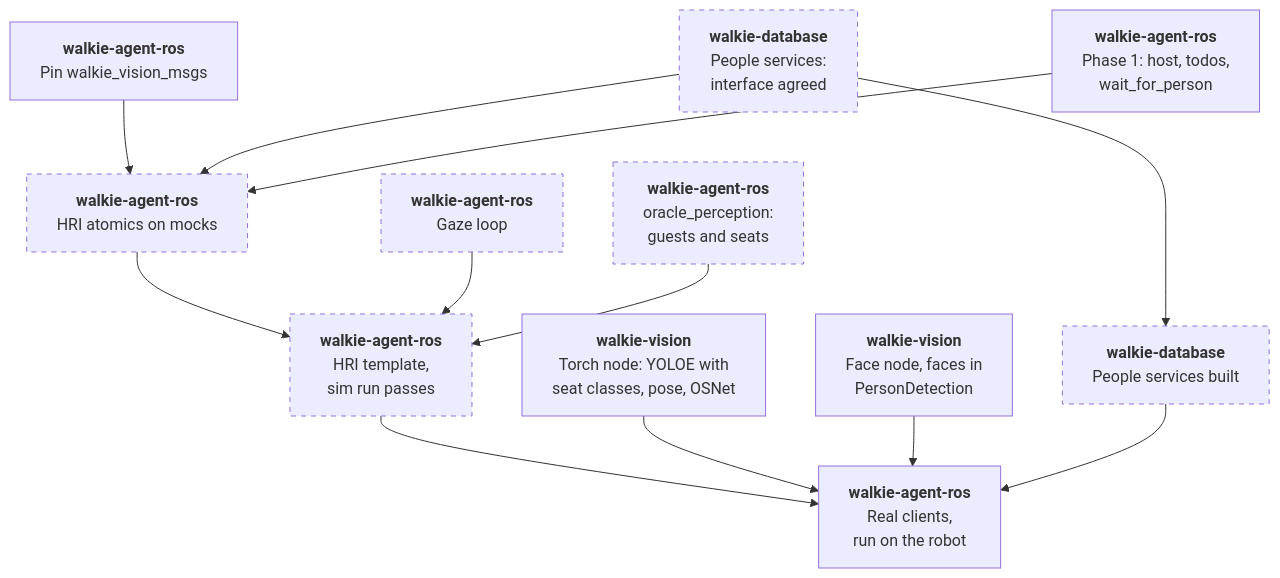
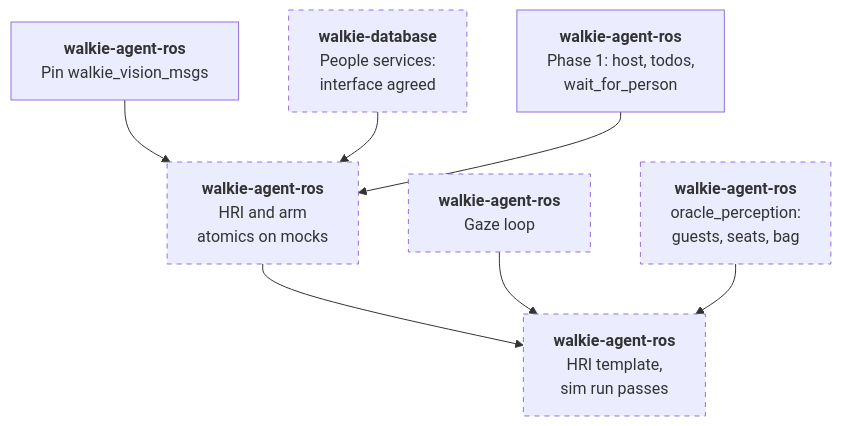
The third of 4 diagrams in docs/architecture/hri.md (EIC-Robocup-2026/walkie-agent-ros), drawn with Mermaid before and after one commit. The commit also changed other lines of this file and 3 other files, not shown here.

First line of the commit message:
docs: add the bag hand-over to the first HRI slice

````diff
--- a/docs/architecture/hri.md
+++ b/docs/architecture/hri.md
@@ -234,28 +323,19 @@
 ```mermaid
 flowchart TB
-    v1["<b>walkie-vision</b><br/>Torch node: YOLOE with<br/>seat classes, pose, OSNet"]
-    v2["<b>walkie-vision</b><br/>Face node, faces in<br/>PersonDetection"]
     di["<b>walkie-database</b><br/>People services:<br/>interface agreed"]:::proposed
-    d3["<b>walkie-database</b><br/>People services built"]:::proposed
     a0["<b>walkie-agent-ros</b><br/>Pin walkie_vision_msgs"]
     p1["<b>walkie-agent-ros</b><br/>Phase 1: host, todos,<br/>wait_for_person"]
-    a1["<b>walkie-agent-ros</b><br/>HRI atomics on mocks"]:::proposed
+    a1["<b>walkie-agent-ros</b><br/>HRI and arm<br/>atomics on mocks"]:::proposed
     g["<b>walkie-agent-ros</b><br/>Gaze loop"]:::proposed
-    s["<b>walkie-agent-ros</b><br/>oracle_perception:<br/>guests and seats"]:::proposed
+    s["<b>walkie-agent-ros</b><br/>oracle_perception:<br/>guests, seats, bag"]:::proposed
     t["<b>walkie-agent-ros</b><br/>HRI template,<br/>sim run passes"]:::proposed
-    r["<b>walkie-agent-ros</b><br/>Real clients,<br/>run on the robot"]
 
     a0 --> a1
     di --> a1
     p1 --> a1
     a1 --> t
     g --> t
     s --> t
-    di --> d3
-    t --> r
-    v1 --> r
-    v2 --> r
-    d3 --> r
 
     classDef proposed stroke-dasharray: 5 5;
 ```
````
